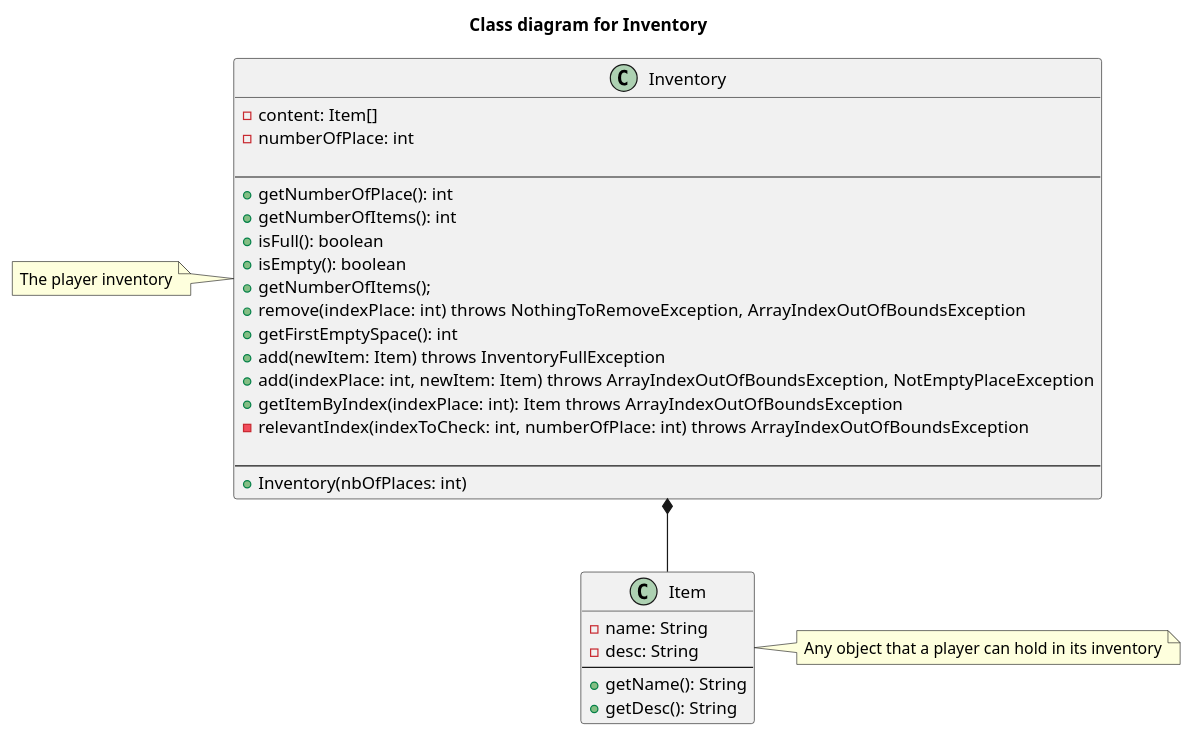
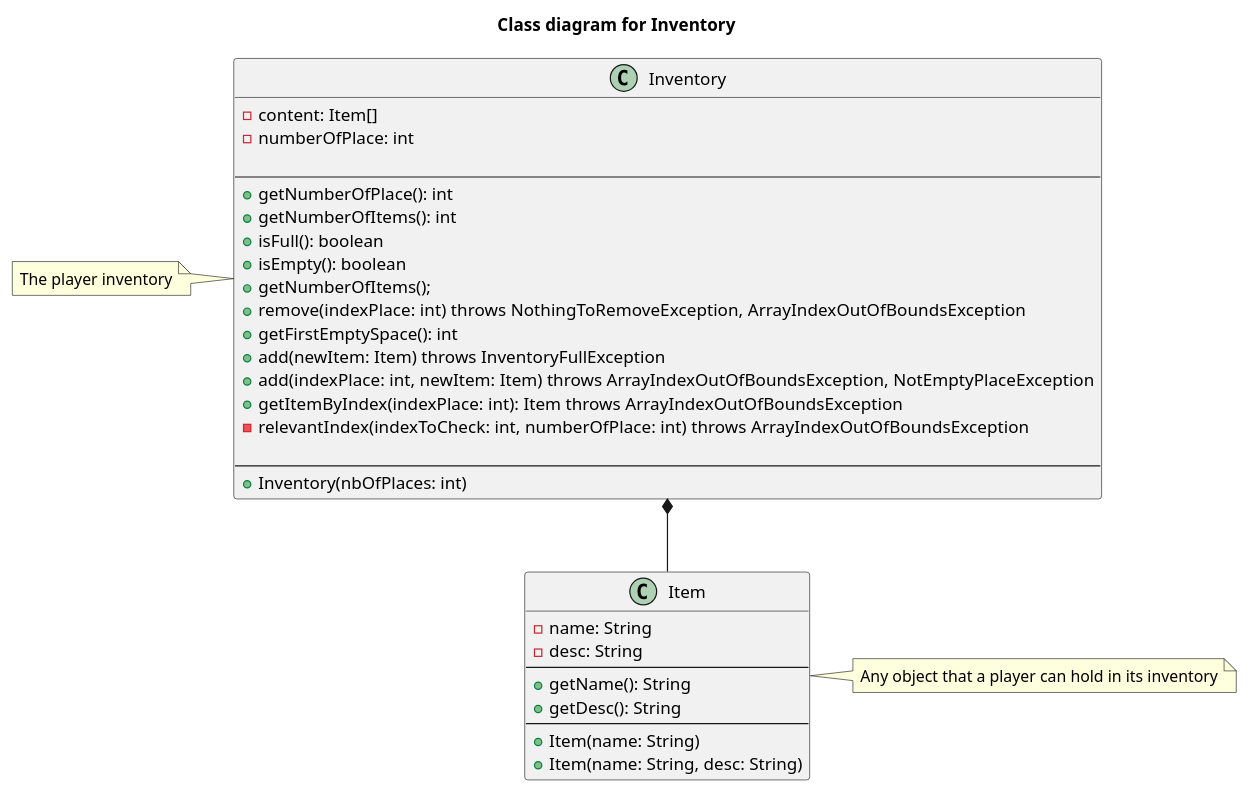
Before and after one commit to Yanis-Kouidri/pixel-adventurer: the diagram in uml/Inventory.puml, drawn with PlantUML.

Commit message:
adding constructor

```diff
--- a/uml/Inventory.puml
+++ b/uml/Inventory.puml
@@ -1,42 +1,45 @@
 @startuml
 'https://plantuml.com/class-diagram
 
 title "Class diagram for Inventory"
 
 class Inventory {
 - content: Item[]
 - numberOfPlace: int
 
 ----
 + getNumberOfPlace(): int
 + getNumberOfItems(): int
 + isFull(): boolean
 + isEmpty(): boolean
 + getNumberOfItems();
 + remove(indexPlace: int) throws NothingToRemoveException, ArrayIndexOutOfBoundsException
 + getFirstEmptySpace(): int
 ' Get the index of the first free space in the inventory
 + add(newItem: Item) throws InventoryFullException
 + add(indexPlace: int, newItem: Item) throws ArrayIndexOutOfBoundsException, NotEmptyPlaceException
 + getItemByIndex(indexPlace: int): Item throws ArrayIndexOutOfBoundsException
 - relevantIndex(indexToCheck: int, numberOfPlace: int) throws ArrayIndexOutOfBoundsException
 
 ----
 + Inventory(nbOfPlaces: int)
 }
 note left : The player inventory
 
 class Item {
 - name: String
 - desc: String
 ----
 + getName(): String
 + getDesc(): String
+----
++ Item(name: String)
++ Item(name: String, desc: String)
 }
 note right : Any object that a player can hold in its inventory
 
 
 Inventory *-- Item
 
 
 @enduml
```
